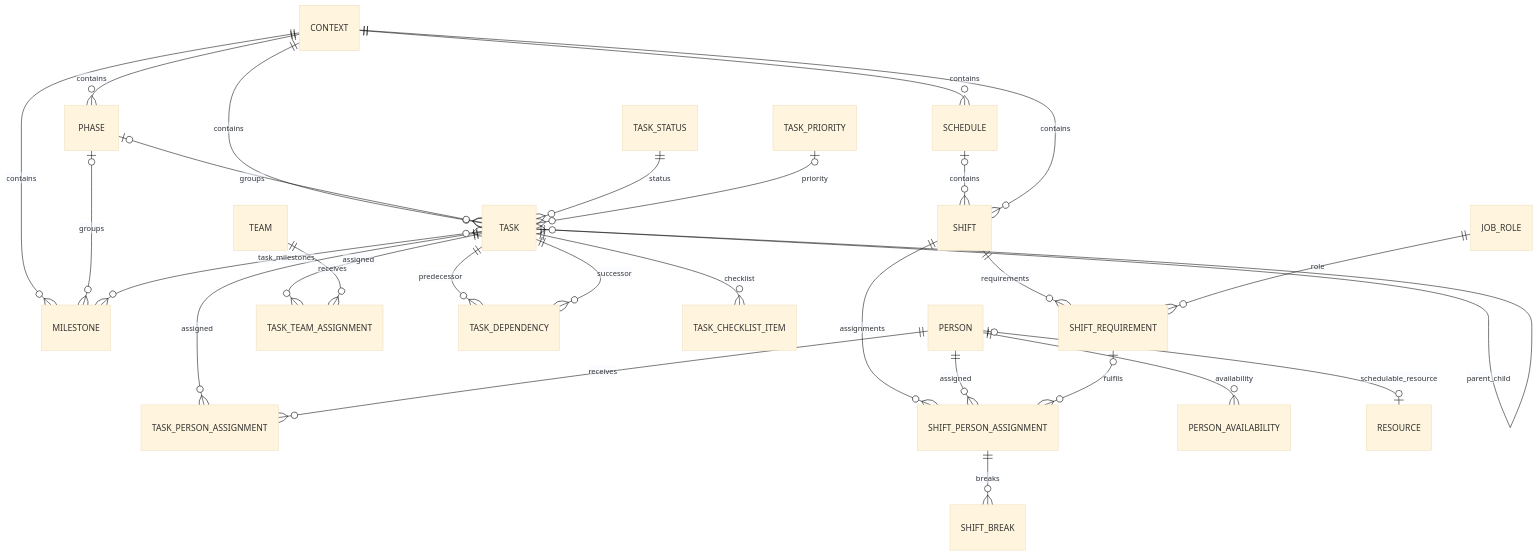
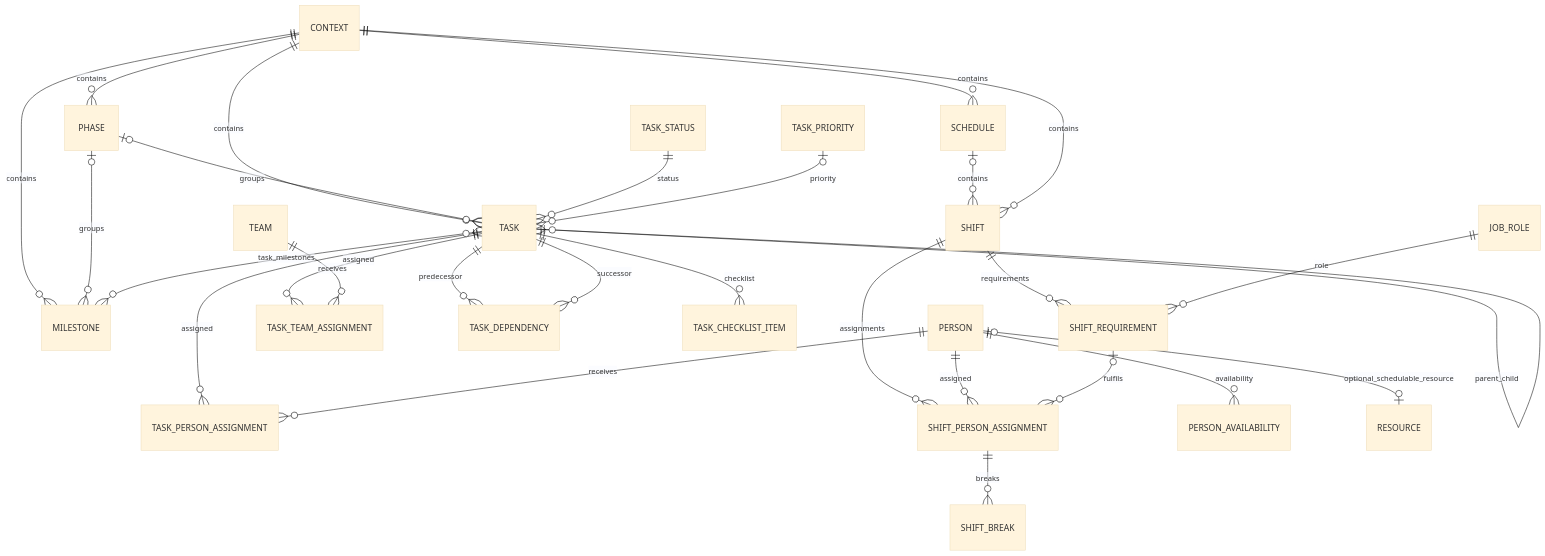
One commit to Bapeuh/Utilitaire_SaaS changed the diagram in docs/erd/tasks-scheduling.md. Above: the diagram before and after it, drawn with Mermaid (base theme). The commit also changed other lines of this file, not shown here.

Commit message:
docs: define task context moves and optional Resource role

````diff
--- a/docs/erd/tasks-scheduling.md
+++ b/docs/erd/tasks-scheduling.md
@@ -3,38 +3,38 @@
 ```mermaid
 erDiagram
     CONTEXT ||--o{ PHASE : contains
     CONTEXT ||--o{ TASK : contains
     CONTEXT ||--o{ MILESTONE : contains
 
     PHASE o|--o{ TASK : groups
     PHASE o|--o{ MILESTONE : groups
     TASK ||--o{ TASK : parent_child
 
     TASK ||--o{ TASK_PERSON_ASSIGNMENT : assigned
     PERSON ||--o{ TASK_PERSON_ASSIGNMENT : receives
     TASK ||--o{ TASK_TEAM_ASSIGNMENT : assigned
     TEAM ||--o{ TASK_TEAM_ASSIGNMENT : receives
 
     TASK_STATUS ||--o{ TASK : status
     TASK_PRIORITY o|--o{ TASK : priority
 
     TASK ||--o{ TASK_DEPENDENCY : predecessor
     TASK ||--o{ TASK_DEPENDENCY : successor
     TASK }o--o{ MILESTONE : task_milestones
     TASK ||--o{ TASK_CHECKLIST_ITEM : checklist
 
     CONTEXT ||--o{ SCHEDULE : contains
     SCHEDULE o|--o{ SHIFT : contains
     CONTEXT ||--o{ SHIFT : contains
 
     SHIFT ||--o{ SHIFT_REQUIREMENT : requirements
     JOB_ROLE ||--o{ SHIFT_REQUIREMENT : role
 
     SHIFT ||--o{ SHIFT_PERSON_ASSIGNMENT : assignments
     PERSON ||--o{ SHIFT_PERSON_ASSIGNMENT : assigned
     SHIFT_REQUIREMENT o|--o{ SHIFT_PERSON_ASSIGNMENT : fulfils
     SHIFT_PERSON_ASSIGNMENT ||--o{ SHIFT_BREAK : breaks
 
     PERSON ||--o{ PERSON_AVAILABILITY : availability
-    PERSON o|--o| RESOURCE : schedulable_resource
+    PERSON o|--o| RESOURCE : optional_schedulable_resource
 ```
````
